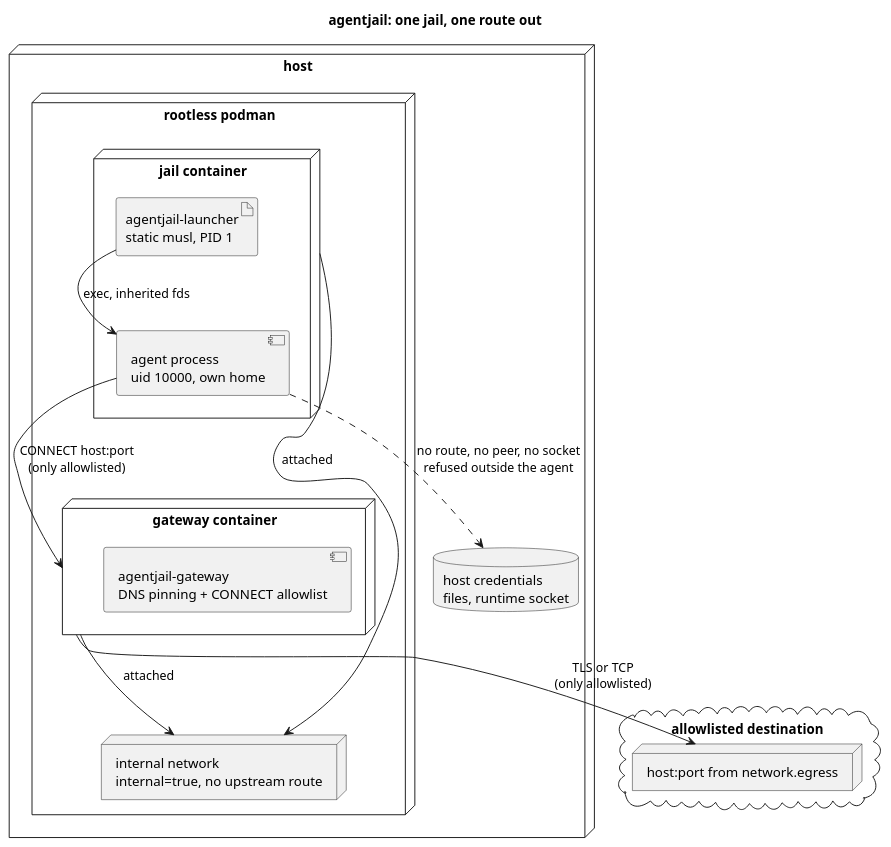
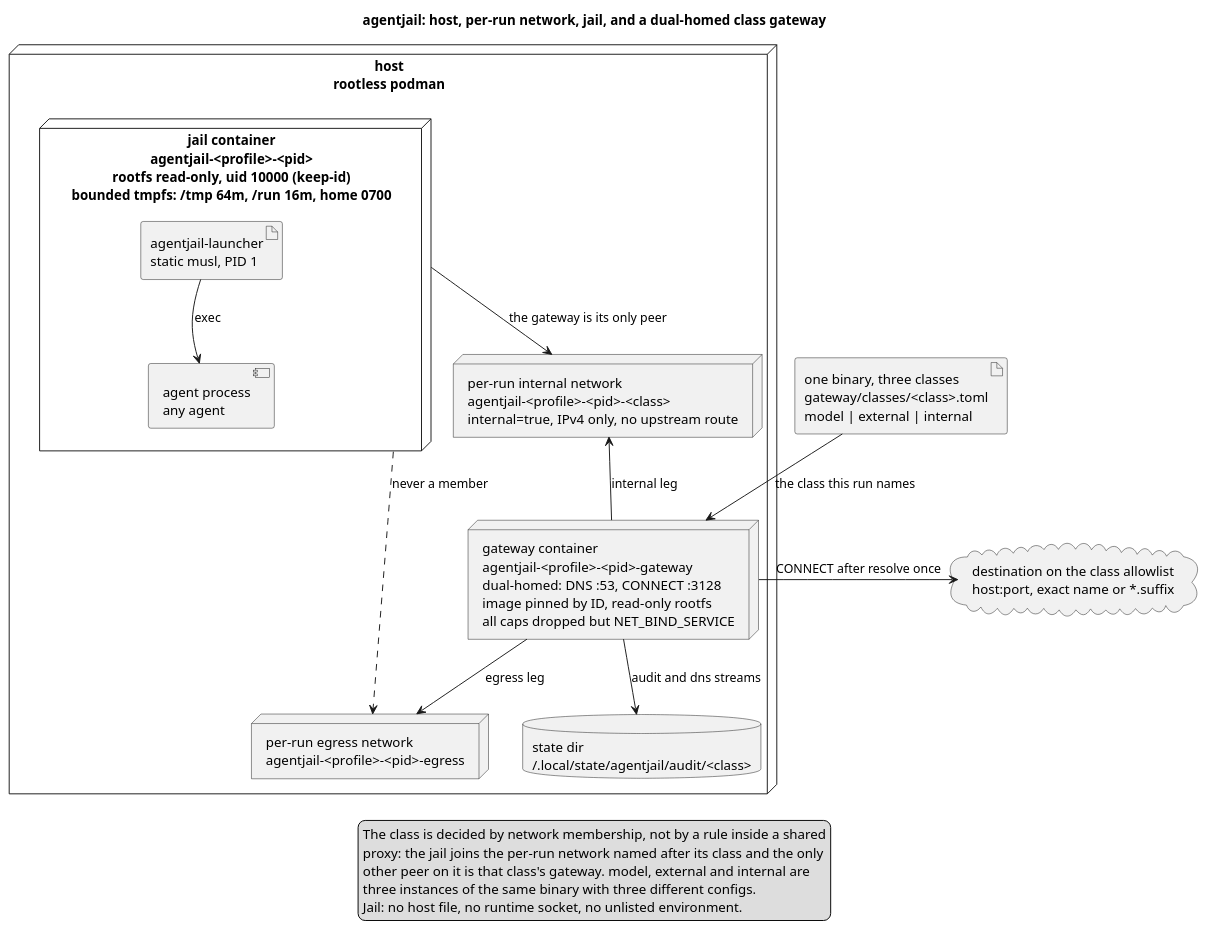
Before and after one commit to Breinich/agentjail: the diagram in docs/diagrams/deployment.puml, drawn with PlantUML. The commit also changed 10 other files, not shown here.

First line of the commit message:
diagrams: redraw the deployment, run path, grant, audit and selftest (#19)

```diff
--- a/docs/diagrams/deployment.puml
+++ b/docs/diagrams/deployment.puml
@@ -1,33 +1,42 @@
 @startuml deployment
-' UML deployment diagram: one jail, one route out.
-' Source of record for docs/diagrams/deployment.svg. Do not edit the SVG.
-title agentjail: one jail, one route out
+' UML deployment diagram: the topology of one run.
+' Source of record for docs/diagrams/deployment.svg. Do not edit the SVG:
+' render it with the pinned PlantUML image (docs/adopting.md).
+' &#45;&#45; is a literal "--": PlantUML reads --text-- as strikeout.
+title agentjail: host, per-run network, jail, and a dual-homed class gateway
 
-node "host" as host {
-  node "rootless podman" as runtime {
-    node "jail container" as jail {
-      artifact "agentjail-launcher\nstatic musl, PID 1" as launcher
-      component "agent process\nuid 10000, own home" as agent
-      launcher --> agent : exec, inherited fds
-    }
-
-    node "gateway container" as gateway {
-      component "agentjail-gateway\nDNS pinning + CONNECT allowlist" as proxy
-    }
-
-    node "internal network\ninternal=true, no upstream route" as net
-    jail --> net : attached
-    gateway --> net : attached
+node "host\nrootless podman" as host {
+  node "jail container\nagentjail-<profile>-<pid>\nrootfs read-only, uid 10000 (keep-id)\nbounded tmpfs: /tmp 64m, /run 16m, home 0700" as jail {
+    artifact "agentjail-launcher\nstatic musl, PID 1" as launcher
+    component "agent process\nany agent" as agent
   }
 
-  database "host credentials\nfiles, runtime socket" as secrets
+  node "per-run internal network\nagentjail-<profile>-<pid>-<class>\ninternal=true, IPv4 only, no upstream route" as internal
+
+  node "gateway container\nagentjail-<profile>-<pid>-gateway\ndual-homed: DNS :53, CONNECT :3128\nimage pinned by ID, read-only rootfs\nall caps dropped but NET_BIND_SERVICE" as gateway
+
+  node "per-run egress network\nagentjail-<profile>-<pid>-egress" as egress
+
+  database "state dir\n~/.local/state/agentjail/audit/<class>" as state
 }
 
-cloud "allowlisted destination" as zone {
-  node "host:port from network.egress" as endpoint
-}
+artifact "one binary, three classes\ngateway/classes/<class>.toml\nmodel | external | internal" as classcfg
+cloud "destination on the class allowlist\nhost:port, exact name or *.suffix" as destination
 
-agent --> gateway : CONNECT host:port\n(only allowlisted)
-gateway --> endpoint : TLS or TCP\n(only allowlisted)
-agent ..> secrets : no route, no peer, no socket\nrefused outside the agent
+launcher --> agent : exec
+jail -down-> internal : the gateway is its only peer
+gateway -up-> internal : internal leg
+gateway -down-> egress : egress leg
+gateway -down-> state : audit and dns streams
+gateway -right-> destination : CONNECT after resolve once
+classcfg -down-> gateway : the class this run names
+jail ..> egress : never a member
+
+legend bottom
+  The class is decided by network membership, not by a rule inside a shared
+  proxy: the jail joins the per-run network named after its class and the only
+  other peer on it is that class's gateway. model, external and internal are
+  three instances of the same binary with three different configs.
+  Jail: no host file, no runtime socket, no unlisted environment.
+endlegend
 @enduml
```
